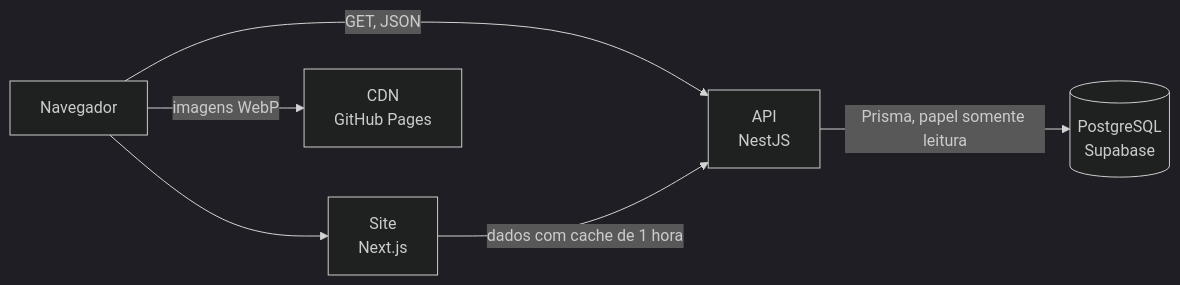
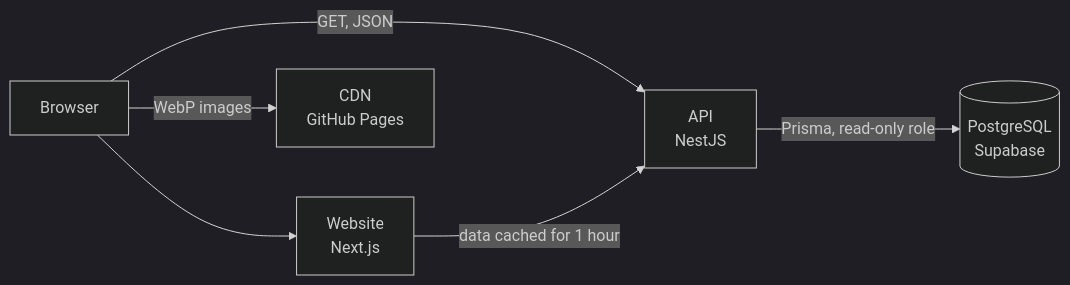
One commit to arturbomtempo-dev/gumball-api changed the diagram in README.md. Above: the diagram before and after it, drawn with Mermaid (dark theme). The commit also changed other lines of this file and 1 other file, not shown here.

Commit message:
docs: add Portuguese README for Gumball API documentation

````diff
--- a/README.md
+++ b/README.md
@@ -138,8 +140,8 @@
 ```mermaid
 flowchart LR
-    visitor["Navegador"] --> site["Site<br/>Next.js"]
+    visitor["Browser"] --> site["Website<br/>Next.js"]
     visitor -- "GET, JSON" --> api["API<br/>NestJS"]
-    site -- "dados com cache de 1 hora" --> api
-    api -- "Prisma, papel somente leitura" --> db[("PostgreSQL<br/>Supabase")]
-    visitor -- "imagens WebP" --> cdn["CDN<br/>GitHub Pages"]
+    site -- "data cached for 1 hour" --> api
+    api -- "Prisma, read-only role" --> db[("PostgreSQL<br/>Supabase")]
+    visitor -- "WebP images" --> cdn["CDN<br/>GitHub Pages"]
 ```
````
